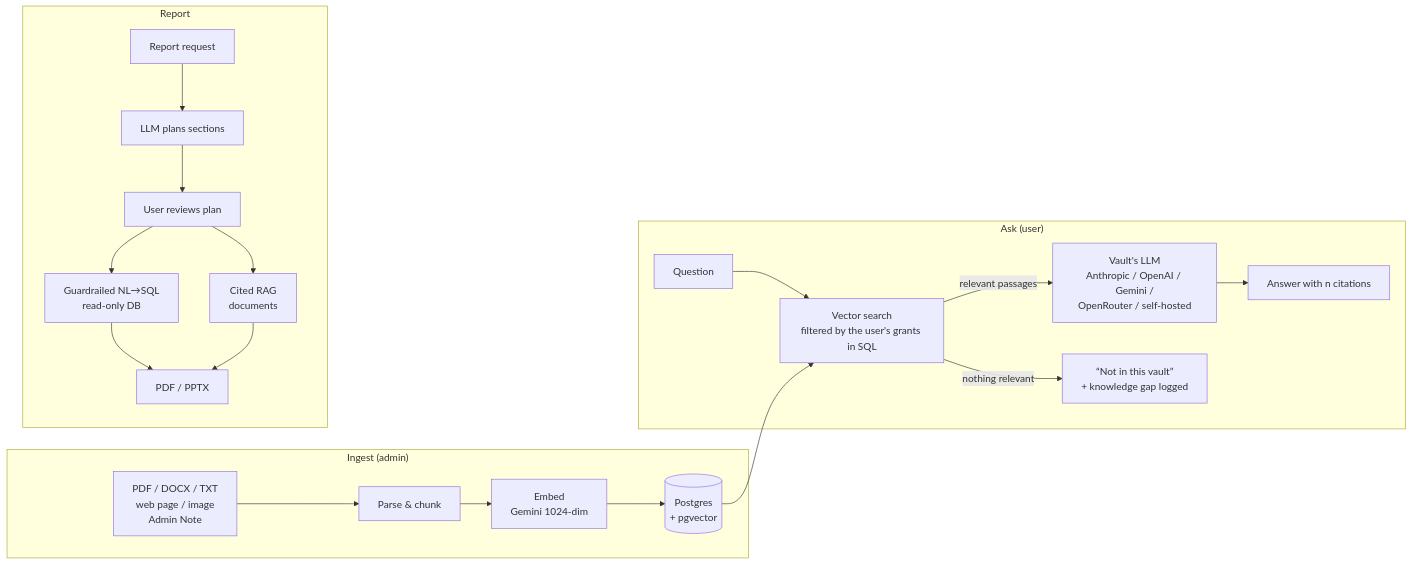
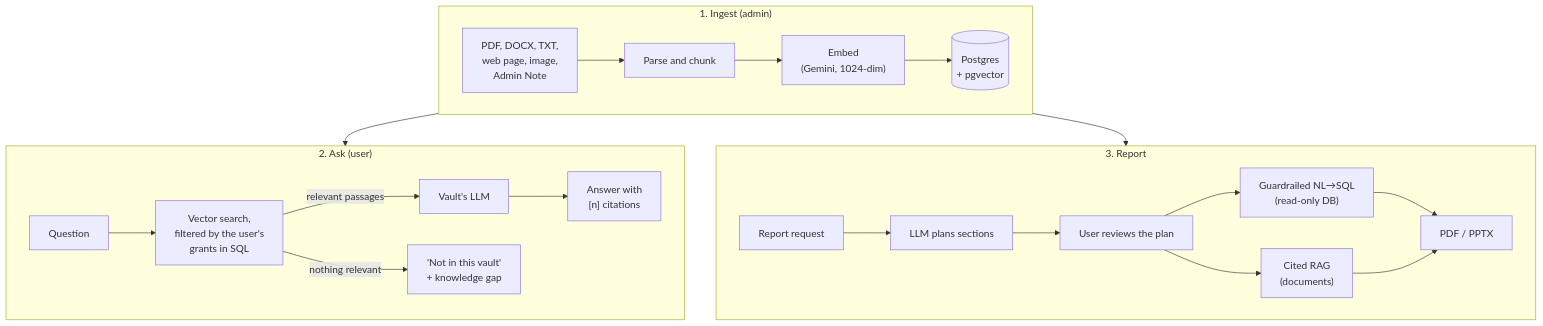
The diagram in README.md (GoodGlor/contextvault-rag), drawn with Mermaid before and after one commit.

Commit message:
Improve README diagram

````diff
--- a/README.md
+++ b/README.md
@@ -78,24 +78,24 @@
 ```mermaid
-flowchart LR
-    subgraph Ingest["Ingest (admin)"]
-        D[PDF / DOCX / TXT<br/>web page / image<br/>Admin Note] --> P[Parse & chunk]
-        P --> E[Embed<br/>Gemini 1024-dim]
-        E --> V[(Postgres<br/>+ pgvector)]
+flowchart TB
+    subgraph Ingest["1. Ingest (admin)"]
+        direction LR
+        D["PDF, DOCX, TXT,<br/>web page, image,<br/>Admin Note"] --> P[Parse and chunk] --> E["Embed<br/>(Gemini, 1024-dim)"] --> V[("Postgres<br/>+ pgvector")]
     end
 
-    subgraph Ask["Ask (user)"]
-        Q[Question] --> R[Vector search<br/>filtered by the user's grants in SQL]
-        V --> R
-        R -->|relevant passages| L[Vault's LLM<br/>Anthropic / OpenAI / Gemini /<br/>OpenRouter / self-hosted]
-        L --> A[Answer with n citations]
-        R -->|nothing relevant| G[“Not in this vault”<br/>+ knowledge gap logged]
+    subgraph Ask["2. Ask (user)"]
+        direction LR
+        Q[Question] --> R["Vector search,<br/>filtered by the user's<br/>grants in SQL"]
+        R -->|relevant passages| L["Vault's LLM"] --> A["Answer with<br/>[n] citations"]
+        R -->|nothing relevant| G["'Not in this vault'<br/>+ knowledge gap"]
     end
 
-    subgraph Report["Report"]
-        RQ[Report request] --> PL[LLM plans sections] --> RV[User reviews plan]
-        RV --> SQL[Guardrailed NL→SQL<br/>read-only DB]
-        RV --> RAG[Cited RAG<br/>documents]
-        SQL --> OUT[PDF / PPTX]
-        RAG --> OUT
+    subgraph Report["3. Report"]
+        direction LR
+        RQ[Report request] --> PL[LLM plans sections] --> RV[User reviews the plan]
+        RV --> SQL["Guardrailed NL→SQL<br/>(read-only DB)"] --> OUT[PDF / PPTX]
+        RV --> RAG["Cited RAG<br/>(documents)"] --> OUT
     end
+
+    Ingest --> Ask
+    Ingest --> Report
 ```
````
